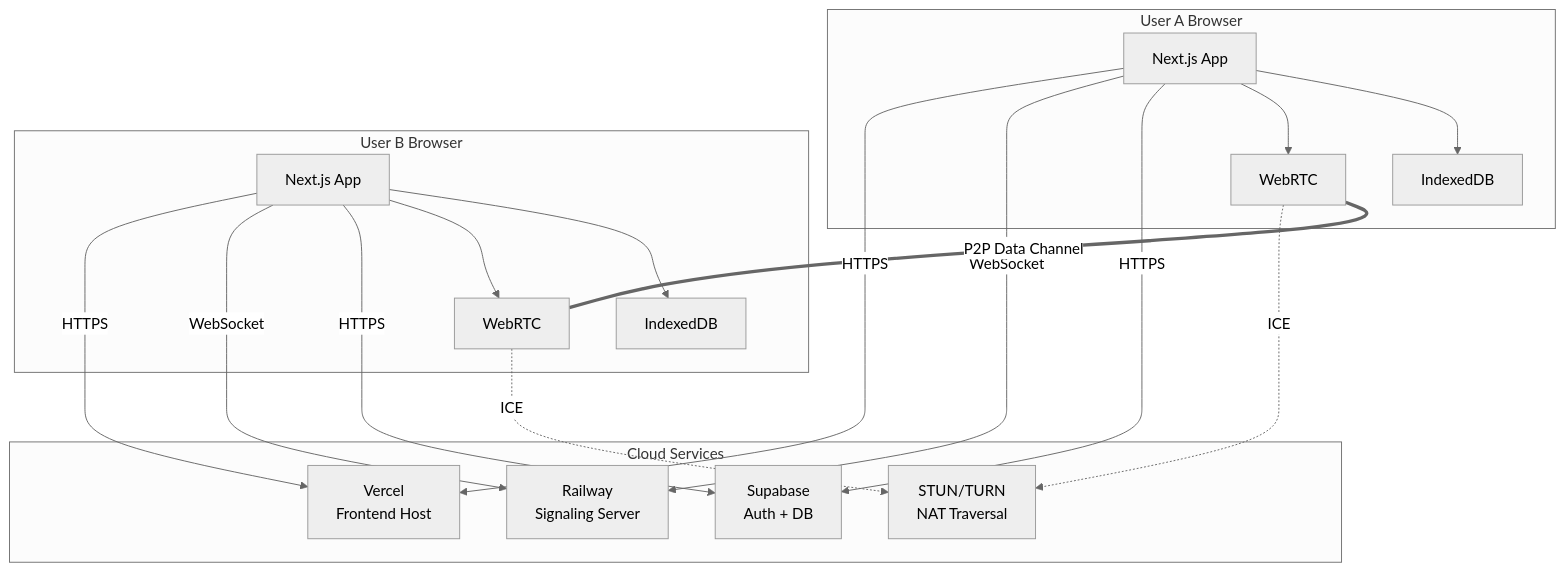
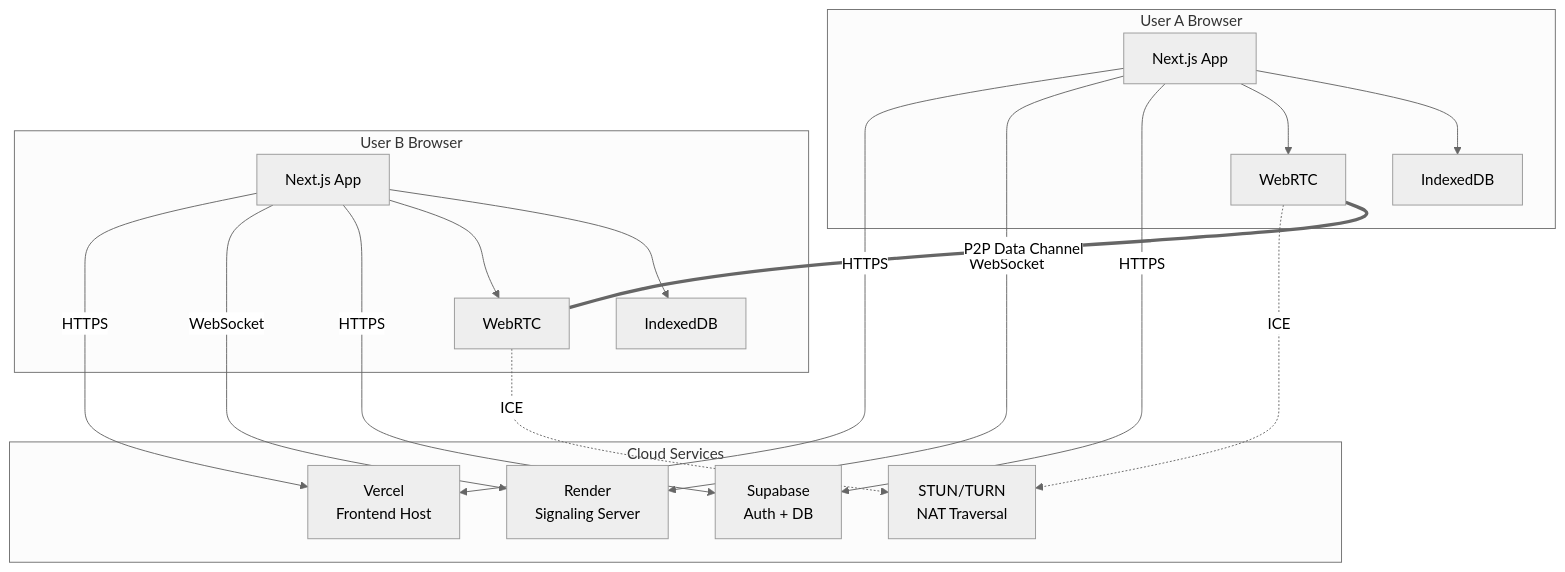
One commit to GIRISHRV/HyperLink changed the first of 5 diagrams in docs/architecture/OVERVIEW.md. Above: the diagram before and after it, drawn with Mermaid (neutral theme). The commit also changed other lines of this file and 39 other files, not shown here.

````diff
--- a/docs/architecture/OVERVIEW.md
+++ b/docs/architecture/OVERVIEW.md
@@ -16,35 +16,35 @@
 ```mermaid
 graph TB
     subgraph "User A Browser"
         A1[Next.js App]
         A2[WebRTC]
         A3[IndexedDB]
     end
 
     subgraph "User B Browser"
         B1[Next.js App]
         B2[WebRTC]
         B3[IndexedDB]
     end
 
     subgraph "Cloud Services"
         C1[Vercel<br/>Frontend Host]
-        C2[Railway<br/>Signaling Server]
+        C2[Render<br/>Signaling Server]
         C3[Supabase<br/>Auth + DB]
         C4[STUN/TURN<br/>NAT Traversal]
     end
 
     A1 -->|HTTPS| C1
     B1 -->|HTTPS| C1
     A1 -->|WebSocket| C2
     B1 -->|WebSocket| C2
     A1 -->|HTTPS| C3
     B1 -->|HTTPS| C3
     A2 -.->|ICE| C4
     B2 -.->|ICE| C4
     A2 ===|P2P Data Channel| B2
     A1 --> A2
     A1 --> A3
     B1 --> B2
     B1 --> B3
 ```
````
